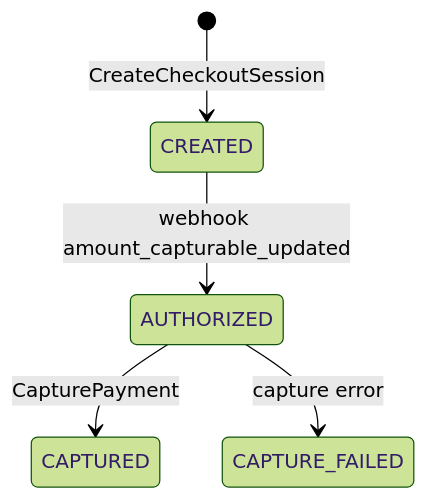
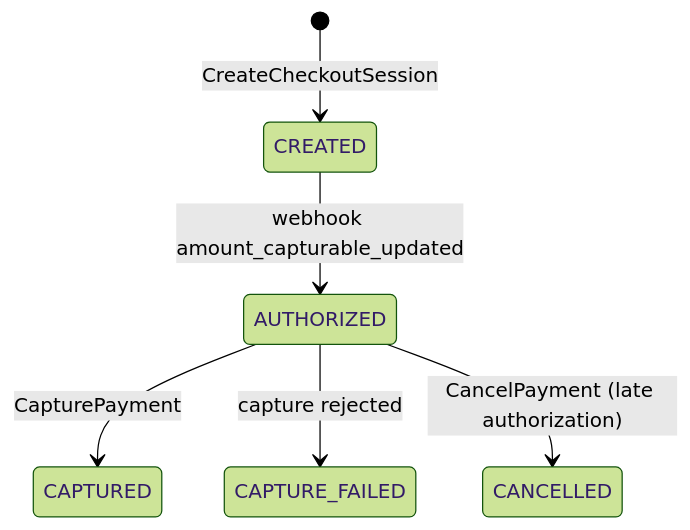
The fourth of 4 diagrams in doc/uc1-create-booking/state-machines.md (TranQuangPhong/hotel-booking-hexagon), drawn with Mermaid (forest theme) before and after one commit. The commit also changed other lines of this file and 10 other files, not shown here.

````diff
--- a/doc/uc1-create-booking/state-machines.md
+++ b/doc/uc1-create-booking/state-machines.md
@@ -100,7 +111,8 @@
 ```mermaid
 stateDiagram-v2
     [*] --> CREATED: CreateCheckoutSession
     CREATED --> AUTHORIZED: webhook amount_capturable_updated
     AUTHORIZED --> CAPTURED: CapturePayment
-    AUTHORIZED --> CAPTURE_FAILED: capture error
+    AUTHORIZED --> CAPTURE_FAILED: capture rejected
+    AUTHORIZED --> CANCELLED: CancelPayment (late authorization)
 ```
````
